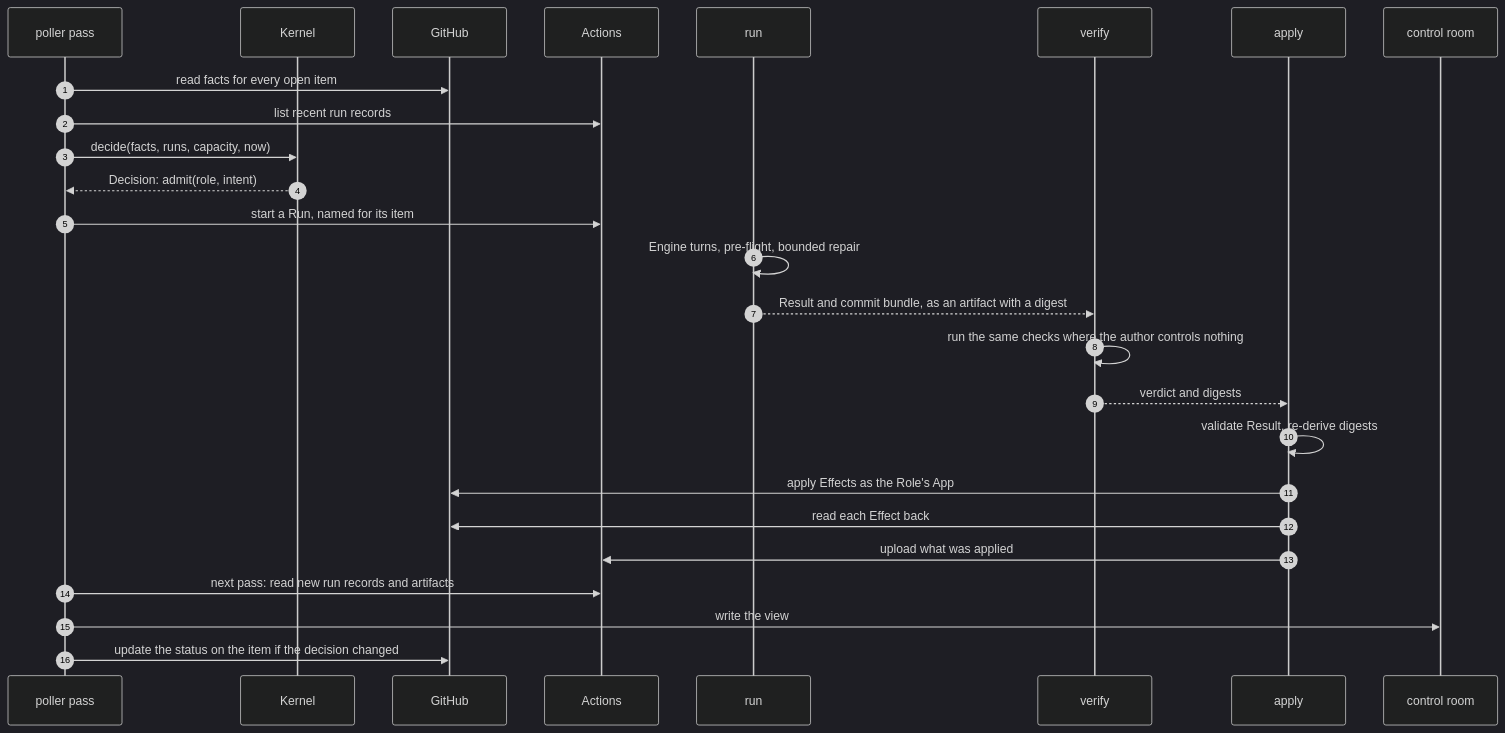
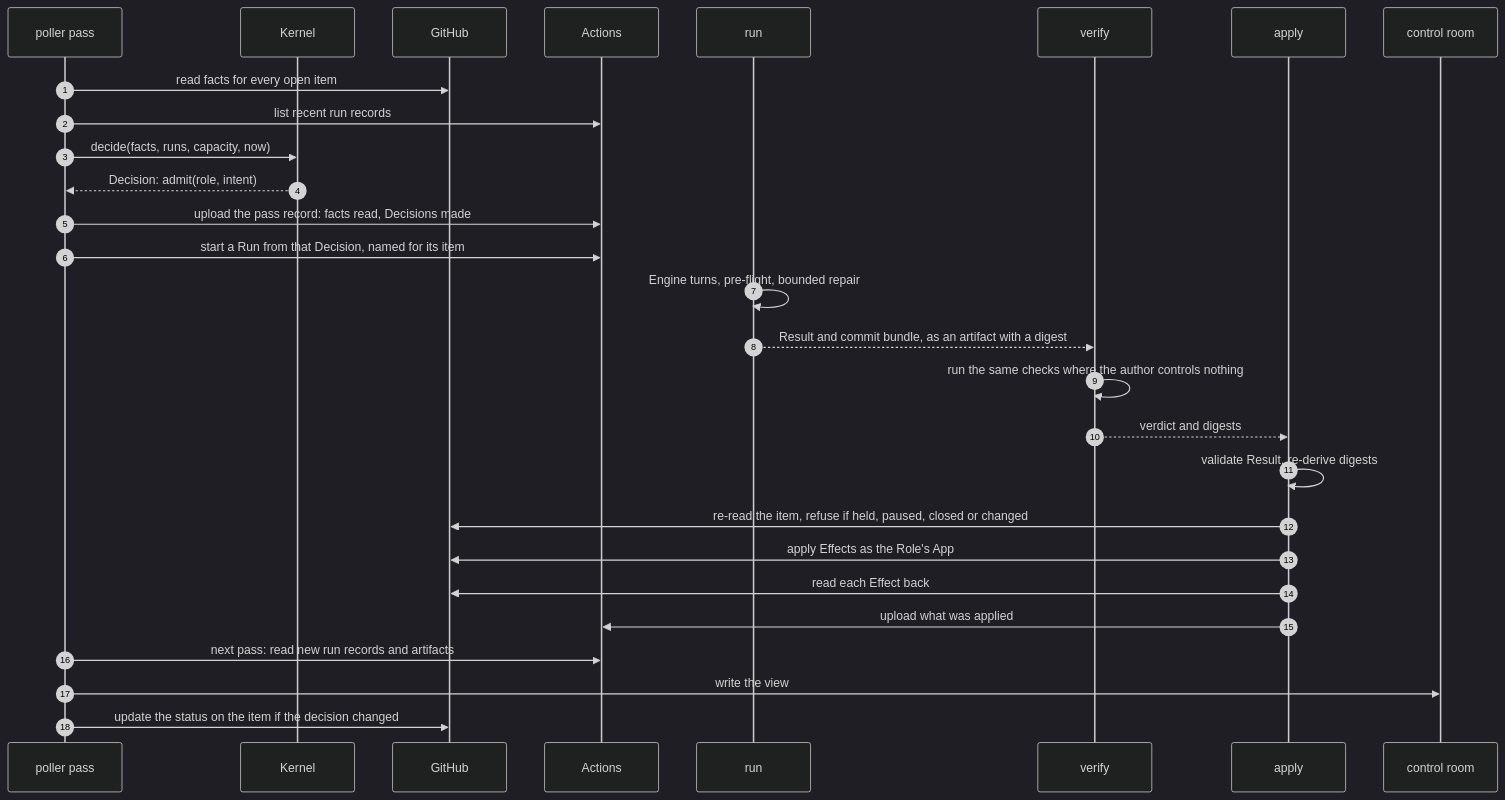
One commit to combsmith/.github-private changed the third of 5 diagrams in docs/architecture/software-factory-design.md. Above: the diagram before and after it, drawn with Mermaid (dark theme). The commit also changed other lines of this file and 2 other files, not shown here.

First line of the commit message:
docs: apply the failure-mode pass to the software-factory design

````diff
--- a/docs/architecture/software-factory-design.md
+++ b/docs/architecture/software-factory-design.md
@@ -166,29 +166,31 @@
 ```mermaid
 sequenceDiagram
   autonumber
   participant P as poller pass
   participant K as Kernel
   participant G as GitHub
   participant Ac as Actions
   participant R as run
   participant V as verify
   participant A as apply
   participant CR as control room
 
   P->>G: read facts for every open item
   P->>Ac: list recent run records
   P->>K: decide(facts, runs, capacity, now)
   K-->>P: Decision: admit(role, intent)
-  P->>Ac: start a Run, named for its item
+  P->>Ac: upload the pass record: facts read, Decisions made
+  P->>Ac: start a Run from that Decision, named for its item
   R->>R: Engine turns, pre-flight, bounded repair
   R-->>V: Result and commit bundle, as an artifact with a digest
   V->>V: run the same checks where the author controls nothing
   V-->>A: verdict and digests
   A->>A: validate Result, re-derive digests
+  A->>G: re-read the item, refuse if held, paused, closed or changed
   A->>G: apply Effects as the Role's App
   A->>G: read each Effect back
   A->>Ac: upload what was applied
   P->>Ac: next pass: read new run records and artifacts
   P->>CR: write the view
   P->>G: update the status on the item if the decision changed
 ```
````
